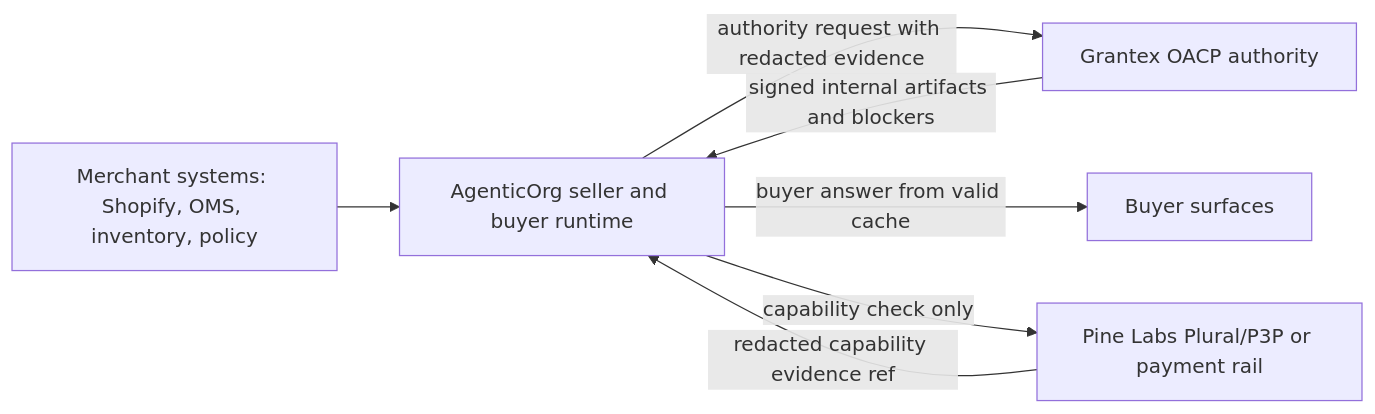
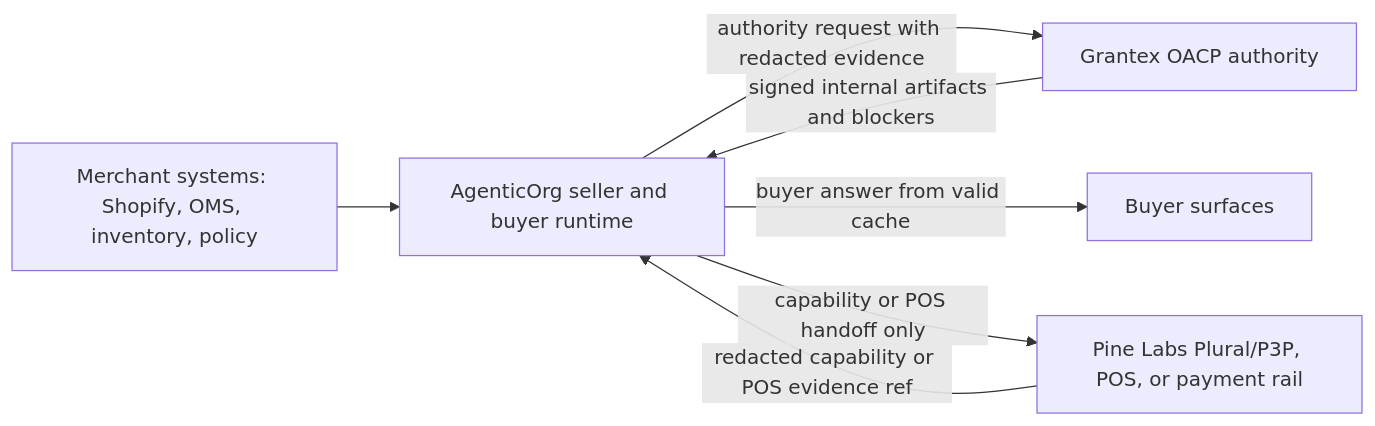
Before and after one commit to mishrasanjeev/grantex: the diagram in docs/guides/oacp/overview.mdx, drawn with Mermaid. The commit also changed other lines of this file and 10 other files, not shown here.

````diff
--- a/docs/guides/oacp/overview.mdx
+++ b/docs/guides/oacp/overview.mdx
@@ -16,9 +16,9 @@
 ```mermaid
 flowchart LR
   merchant[Merchant systems: Shopify, OMS, inventory, policy] --> agentic[AgenticOrg seller and buyer runtime]
   agentic -->|authority request with redacted evidence| grantex[Grantex OACP authority]
   grantex -->|signed internal artifacts and blockers| agentic
   agentic -->|buyer answer from valid cache| buyer[Buyer surfaces]
-  agentic -->|capability check only| provider[Pine Labs Plural/P3P or payment rail]
-  provider -->|redacted capability evidence ref| agentic
+  agentic -->|capability or POS handoff only| provider[Pine Labs Plural/P3P, POS, or payment rail]
+  provider -->|redacted capability or POS evidence ref| agentic
 ```
````
